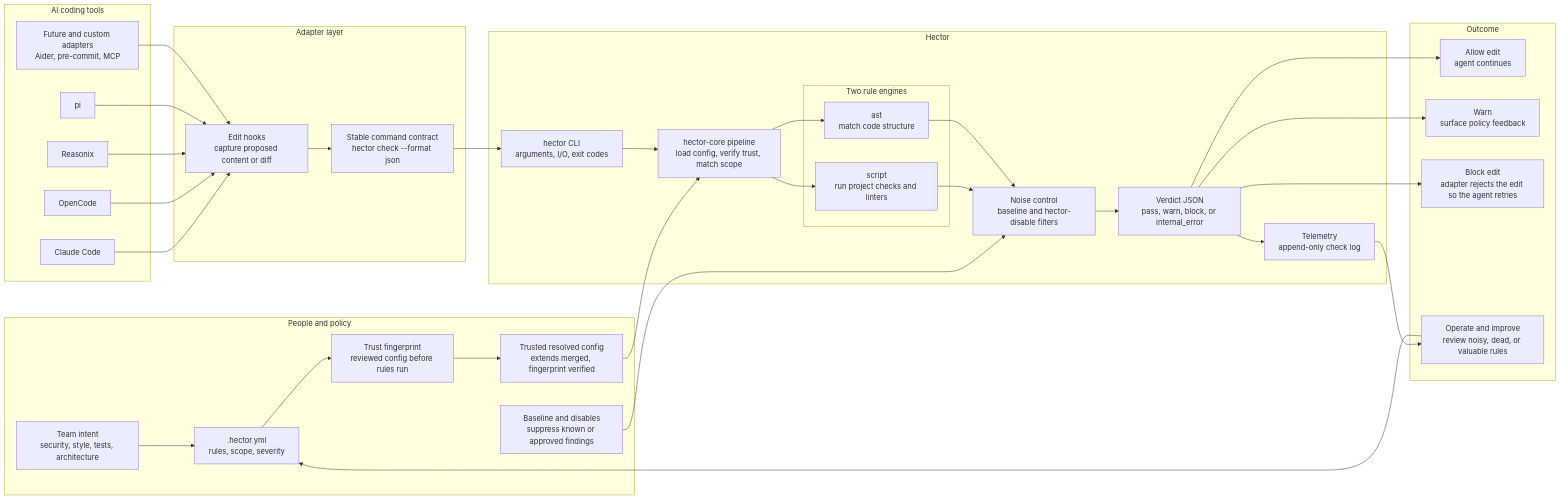
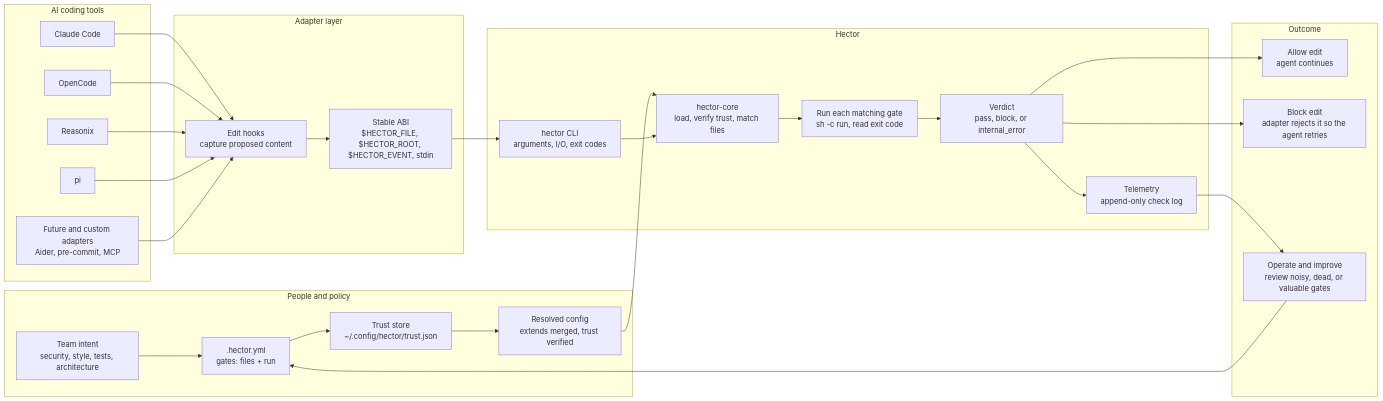
The diagram in docs/architecture.md (christopherarter/hector), drawn with Mermaid before and after one commit. The commit also changed other lines of this file and 27 other files, not shown here.

````diff
--- a/docs/architecture.md
+++ b/docs/architecture.md
@@ -5,71 +5,58 @@
 ```mermaid
 flowchart LR
     subgraph People["People and policy"]
         Team["Team intent<br/>security, style, tests, architecture"]
-        Config[".hector.yml<br/>rules, scope, severity"]
-        Trust["Trust fingerprint<br/>reviewed config before rules run"]
-        Trusted["Trusted resolved config<br/>extends merged, fingerprint verified"]
-        Baseline["Baseline and disables<br/>suppress known or approved findings"]
+        Config[".hector.yml<br/>gates: files + run"]
+        Trust["Trust store<br/>~/.config/hector/trust.json"]
+        Resolved["Resolved config<br/>extends merged, trust verified"]
     end
 
     subgraph Agents["AI coding tools"]
         Claude["Claude Code"]
         OpenCode["OpenCode"]
         Reasonix["Reasonix"]
         Pi["pi"]
         Future["Future and custom adapters<br/>Aider, pre-commit, MCP"]
     end
 
     subgraph AdapterLayer["Adapter layer"]
-        Hooks["Edit hooks<br/>capture proposed content or diff"]
-        Contract["Stable command contract<br/>hector check --format json"]
+        Hooks["Edit hooks<br/>capture proposed content"]
+        ABI["Stable ABI<br/>$HECTOR_FILE, $HECTOR_ROOT, $HECTOR_EVENT, stdin"]
     end
 
     subgraph Hector["Hector"]
         CLI["hector CLI<br/>arguments, I/O, exit codes"]
-        Core["hector-core pipeline<br/>load config, verify trust, match scope"]
-
-        subgraph Engines["Two rule engines"]
-            Script["script<br/>run project checks and linters"]
-            AST["ast<br/>match code structure"]
-        end
-
-        Filter["Noise control<br/>baseline and hector-disable filters"]
-        Verdict["Verdict JSON<br/>pass, warn, block, or internal_error"]
+        Core["hector-core<br/>load, verify trust, match files"]
+        Run["Run each matching gate<br/>sh -c run, read exit code"]
+        Verdict["Verdict<br/>pass, block, or internal_error"]
         Telemetry["Telemetry<br/>append-only check log"]
     end
 
     subgraph Outcome["Outcome"]
         Allow["Allow edit<br/>agent continues"]
-        Warn["Warn<br/>surface policy feedback"]
-        Block["Block edit<br/>adapter rejects the edit so the agent retries"]
-        Audit["Operate and improve<br/>review noisy, dead, or valuable rules"]
+        Block["Block edit<br/>adapter rejects it so the agent retries"]
+        Audit["Operate and improve<br/>review noisy, dead, or valuable gates"]
     end
 
     Team --> Config
     Config --> Trust
-    Trust --> Trusted
-    Trusted --> Core
-    Baseline --> Filter
+    Trust --> Resolved
+    Resolved --> Core
 
     Claude --> Hooks
     OpenCode --> Hooks
     Reasonix --> Hooks
     Pi --> Hooks
     Future --> Hooks
-    Hooks --> Contract
-    Contract --> CLI
+    Hooks --> ABI
+    ABI --> CLI
     CLI --> Core
 
-    Core --> Script
-    Core --> AST
-    Script --> Filter
-    AST --> Filter
-    Filter --> Verdict
+    Core --> Run
+    Run --> Verdict
     Verdict --> Telemetry
     Verdict --> Allow
-    Verdict --> Warn
     Verdict --> Block
     Telemetry --> Audit
     Audit --> Config
 ```
````
